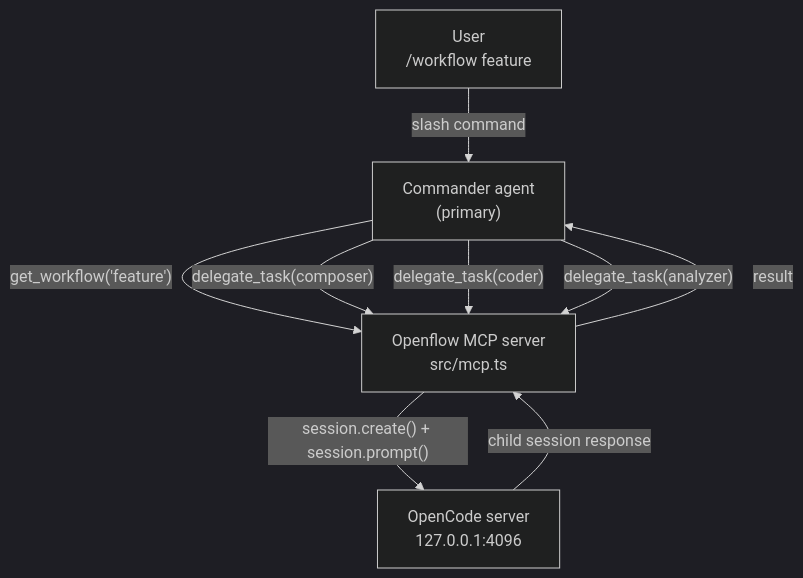
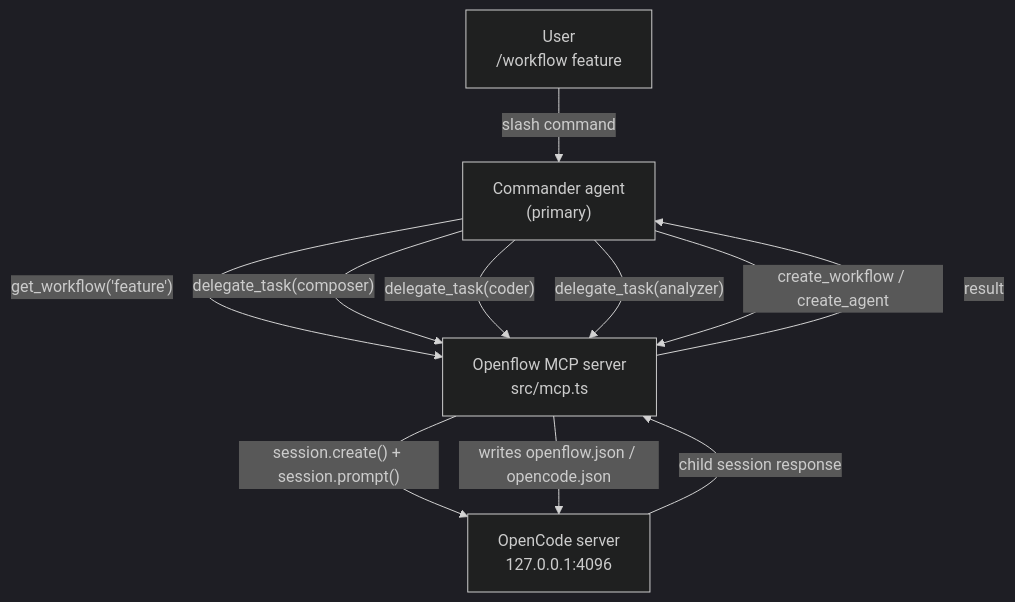
Before and after one commit to th-lange/openflow: the first of 3 diagrams in README.md, drawn with Mermaid (dark theme). The commit also changed other lines of this file, not shown here.

First line of the commit message:
docs: update README with create_workflow and create_agent tools

````diff
--- a/README.md
+++ b/README.md
@@ -23,16 +23,18 @@
 ```mermaid
 graph TD
     User["User\n/workflow feature"]
     Commander["Commander agent\n(primary)"]
     MCP["Openflow MCP server\nsrc/mcp.ts"]
     OC["OpenCode server\n127.0.0.1:4096"]
 
     User -->|"slash command"| Commander
     Commander -->|"get_workflow('feature')"| MCP
     Commander -->|"delegate_task(composer)"| MCP
     Commander -->|"delegate_task(coder)"| MCP
     Commander -->|"delegate_task(analyzer)"| MCP
+    Commander -->|"create_workflow / create_agent"| MCP
     MCP -->|"session.create() + session.prompt()"| OC
+    MCP -->|"writes openflow.json / opencode.json"| OC
     OC -->|"child session response"| MCP
     MCP -->|"result"| Commander
 ```
````
